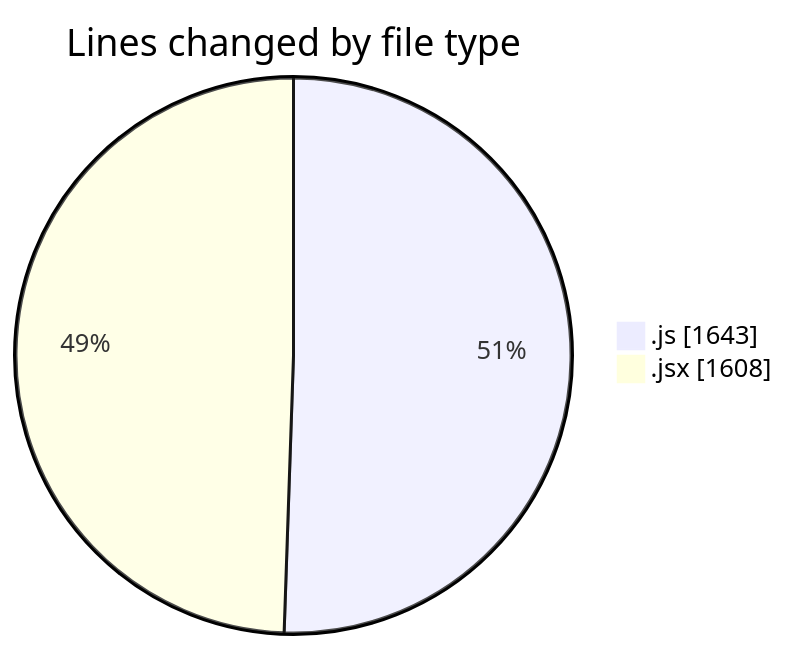
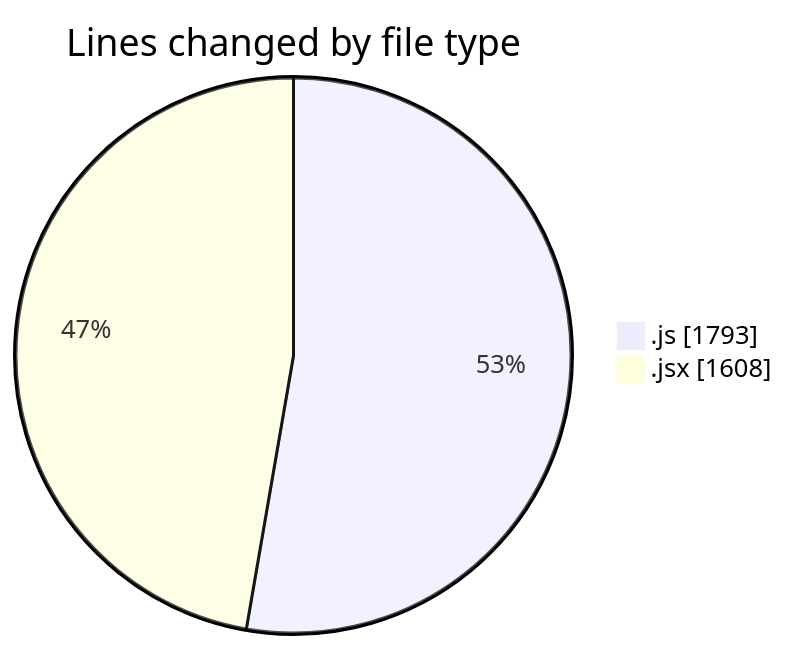
The first of 2 diagrams in 2025-09-18/nxtqube_webapp/README.md (nxtqubesakshisongat/code-tracking), drawn with Mermaid before and after one commit. The commit also changed other lines of this file and 1 other file, not shown here.

````diff
--- a/2025-09-18/nxtqube_webapp/README.md
+++ b/2025-09-18/nxtqube_webapp/README.md
@@ -26,6 +27,6 @@
 ```mermaid
 pie showData
 title Lines changed by file type
-".js" : 1643
+".js" : 1793
 ".jsx" : 1608
 ```
````
